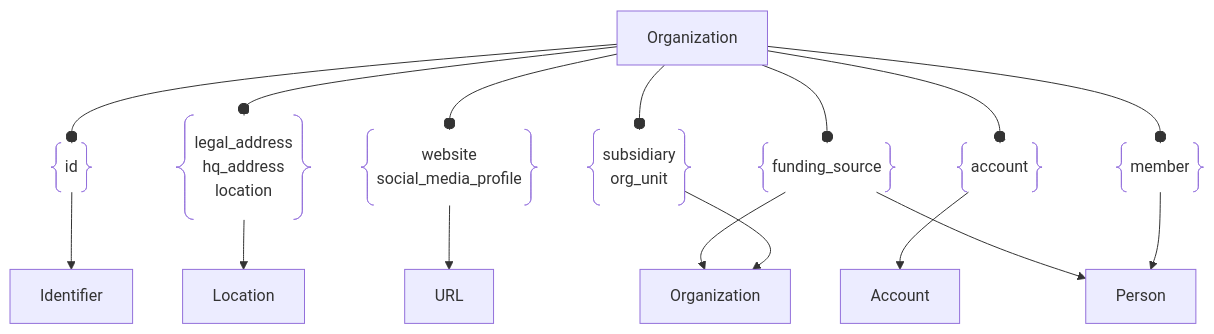
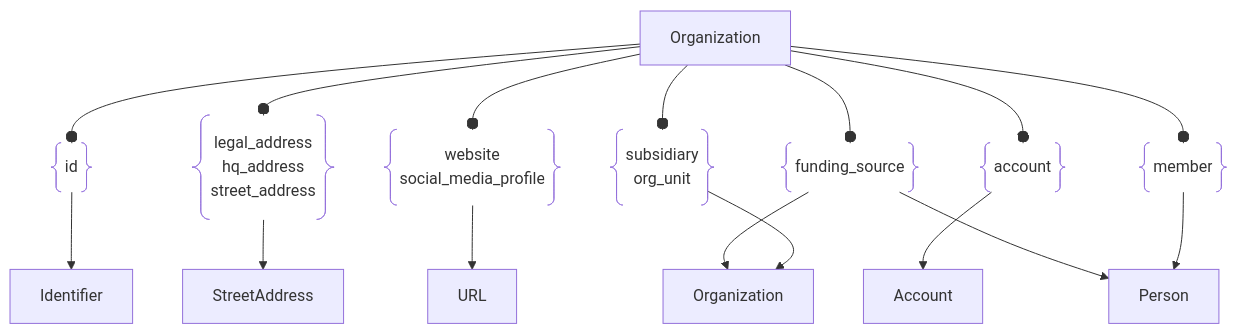
One commit to owasp-amass/docs changed the diagram in docs/open_asset_model/assets/organization.md. Above: the diagram before and after it, drawn with Mermaid. The commit also changed other lines of this file and 105 other files, not shown here.

````diff
--- a/docs/open_asset_model/assets/organization.md
+++ b/docs/open_asset_model/assets/organization.md
@@ -48,42 +66,42 @@
 ```mermaid
 graph TD
 org["Organization"]
 ident["Identifier"]
 idrel@{ shape: braces, label: "id" }
 org --o idrel
 idrel --> ident
 
-loc["Location"]
+loc["StreetAddress"]
 locrel@{ shape: braces, label: "legal_address
 hq_address
-location" }
+street_address" }
 org --o locrel
 locrel --> loc
 
 org2["Organization"]
 orgrel@{ shape: braces, label: "subsidiary
 org_unit" }
 org --o orgrel
 orgrel --> org2
 
 url["URL"]
 urlrel@{ shape: braces, label: "website
 social_media_profile" }
 org --o urlrel
 urlrel --> url
 
 account["Account"]
 acctrel@{ shape: braces, label: "account" }
 org --o acctrel
 acctrel --> account
 
 person["Person"]
 member@{ shape: braces, label: "member" }
 org --o member
 member --> person
 
 funding@{ shape: braces, label: "funding_source" }
 org --o funding
 funding --> org2
 funding --> person
 ```
````
